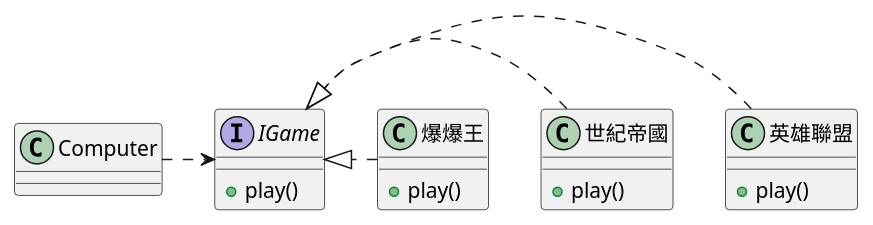
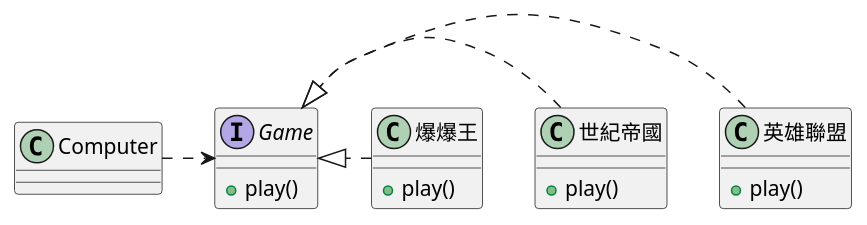
The diagram in 3. IoC-DI/class_diagram.puml (JS-Zheng/blog), drawn with PlantUML before and after one commit. The commit also changed 9 other files, not shown here.

```diff
--- a/3. IoC-DI/class_diagram.puml
+++ b/3. IoC-DI/class_diagram.puml
@@ -1,36 +1,36 @@
 @startuml
 
 
 together {
  class 英雄聯盟
  class 世紀帝國
  class 爆爆王
 }
 
 class Computer
 
-interface IGame{
+interface Game{
 +play()
 }
 
 class 英雄聯盟{
 +play()
 }
 class 世紀帝國{
 +play()
 }
 class 爆爆王{
 +play()
 }
 
 
-Computer .> IGame
+Computer .> Game
 
-英雄聯盟 .|> IGame
-世紀帝國 .|> IGame
-爆爆王 .|> IGame
+英雄聯盟 .|> Game
+世紀帝國 .|> Game
+爆爆王 .|> Game
 
 
 
 
 @enduml
```
